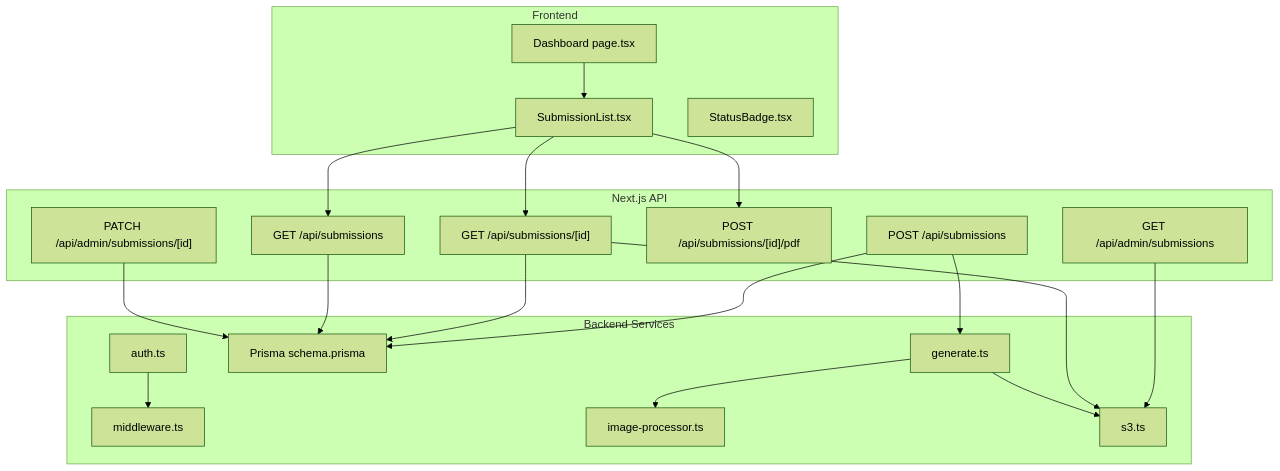
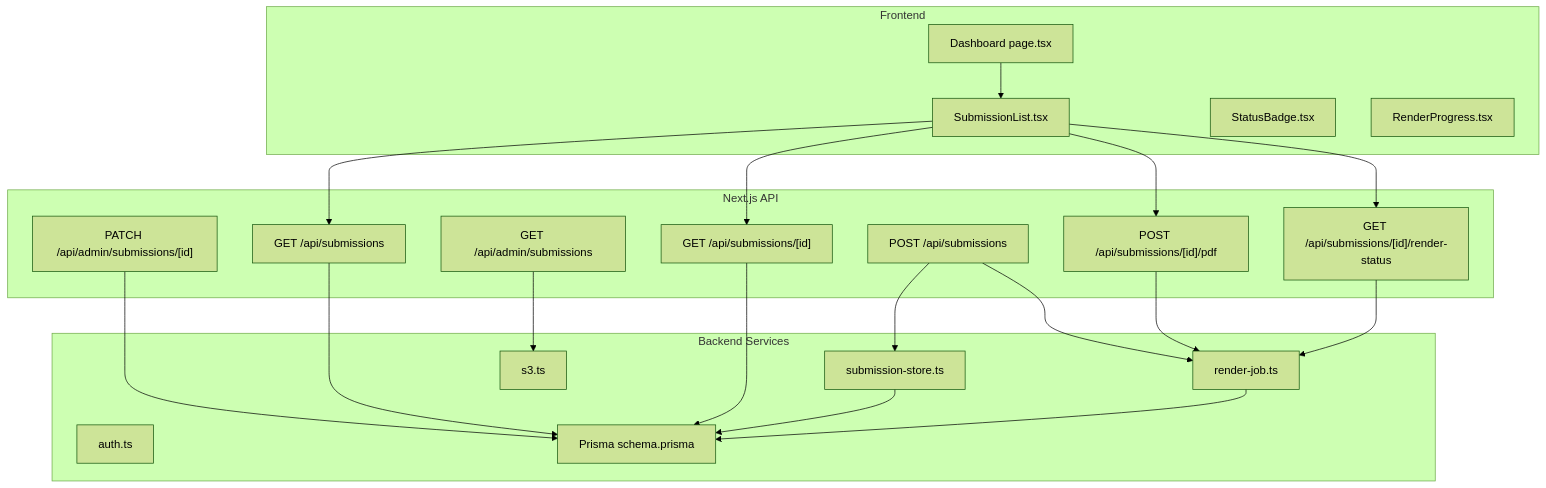
The first of 6 diagrams in .qoder/repowiki/en/content/User Dashboard/Submission Tracking and Management.md (Crowdspender/titchybooks-app), drawn with Mermaid (forest theme) before and after one commit. The commit also changed other lines of this file and 23 other files, not shown here.

````diff
--- a/.qoder/repowiki/en/content/User Dashboard/Submission Tracking and Management.md
+++ b/.qoder/repowiki/en/content/User Dashboard/Submission Tracking and Management.md
@@ -38,38 +46,40 @@
 ```mermaid
 graph TB
 subgraph "Frontend"
 UI["SubmissionList.tsx"]
 Badge["StatusBadge.tsx"]
+Progress["RenderProgress.tsx"]
 Dash["Dashboard page.tsx"]
 end
 subgraph "Next.js API"
 APIList["GET /api/submissions"]
 APISingle["GET /api/submissions/[id]"]
 APICreate["POST /api/submissions"]
 APIRegenerate["POST /api/submissions/[id]/pdf"]
+APIStatus["GET /api/submissions/[id]/render-status"]
 AdminList["GET /api/admin/submissions"]
 AdminAction["PATCH /api/admin/submissions/[id]"]
 end
 subgraph "Backend Services"
 Auth["auth.ts"]
-Middleware["middleware.ts"]
+Store["submission-store.ts"]
+Queue["render-job.ts"]
 Prisma["Prisma schema.prisma"]
-PDFGen["generate.ts"]
-ImgProc["image-processor.ts"]
 S3["s3.ts"]
 end
 Dash --> UI
 UI --> APIList
 UI --> APISingle
+UI --> APIStatus
 UI --> APIRegenerate
-APICreate --> PDFGen
-PDFGen --> ImgProc
-PDFGen --> S3
-APISingle --> S3
+APICreate --> Store
+APICreate --> Queue
+APIRegenerate --> Queue
+APIStatus --> Queue
 AdminList --> S3
 AdminAction --> Prisma
 APIList --> Prisma
 APISingle --> Prisma
-APICreate --> Prisma
-Auth --> Middleware
+Store --> Prisma
+Queue --> Prisma
 ```
````
